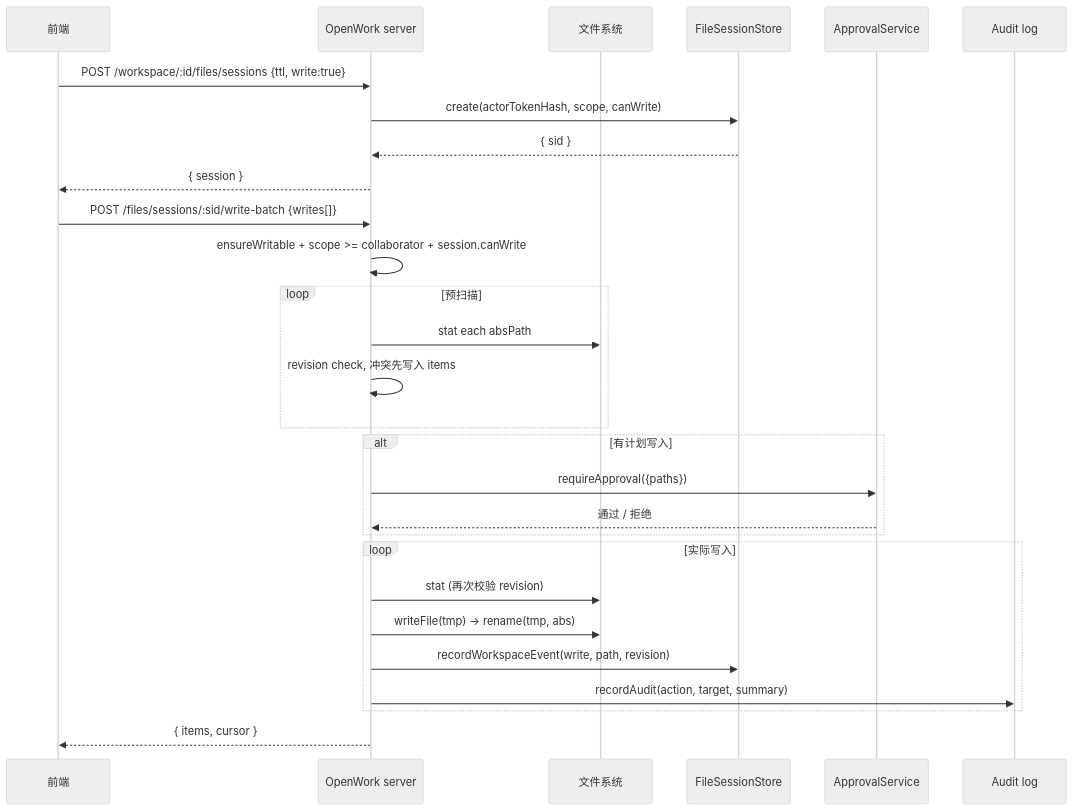
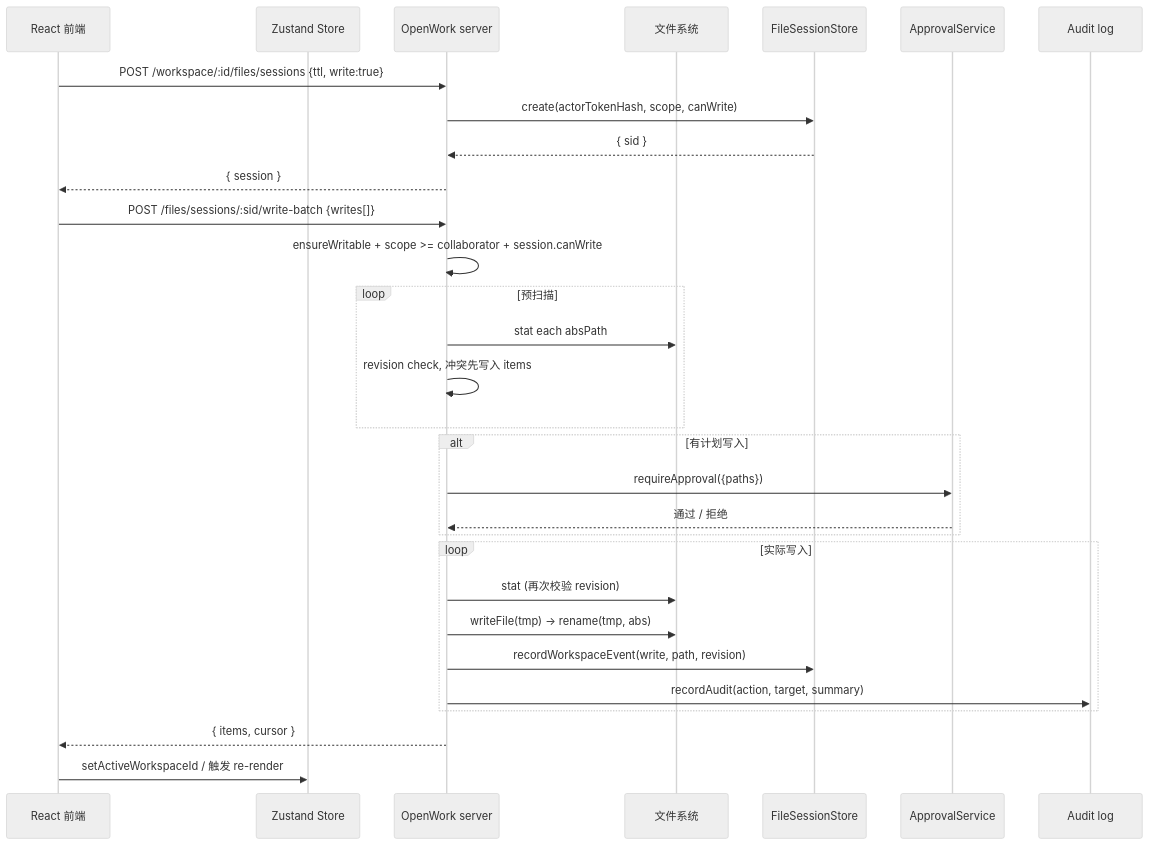
The second of 2 diagrams in docs/05c-openwork-workspace-fileops.md (kaka89/harnesswork), drawn with Mermaid (neutral theme) before and after one commit. The commit also changed other lines of this file and 18 other files, not shown here.

````diff
--- a/docs/05c-openwork-workspace-fileops.md
+++ b/docs/05c-openwork-workspace-fileops.md
@@ -586,32 +732,34 @@
 ```mermaid
 sequenceDiagram
-  participant FE as 前端
+  participant FE as React 前端
+  participant ZS as Zustand Store
   participant SV as OpenWork server
   participant FS as 文件系统
   participant FSS as FileSessionStore
   participant AP as ApprovalService
   participant AU as Audit log
 
   FE->>SV: POST /workspace/:id/files/sessions {ttl, write:true}
   SV->>FSS: create(actorTokenHash, scope, canWrite)
   FSS-->>SV: { sid }
   SV-->>FE: { session }
 
   FE->>SV: POST /files/sessions/:sid/write-batch {writes[]}
   SV->>SV: ensureWritable + scope >= collaborator + session.canWrite
   loop 预扫描
     SV->>FS: stat each absPath
     SV->>SV: revision check, 冲突先写入 items
   end
   alt 有计划写入
     SV->>AP: requireApproval({paths})
     AP-->>SV: 通过 / 拒绝
   end
   loop 实际写入
     SV->>FS: stat (再次校验 revision)
     SV->>FS: writeFile(tmp) → rename(tmp, abs)
     SV->>FSS: recordWorkspaceEvent(write, path, revision)
     SV->>AU: recordAudit(action, target, summary)
   end
   SV-->>FE: { items, cursor }
+  FE->>ZS: setActiveWorkspaceId / 触发 re-render
 ```
````
